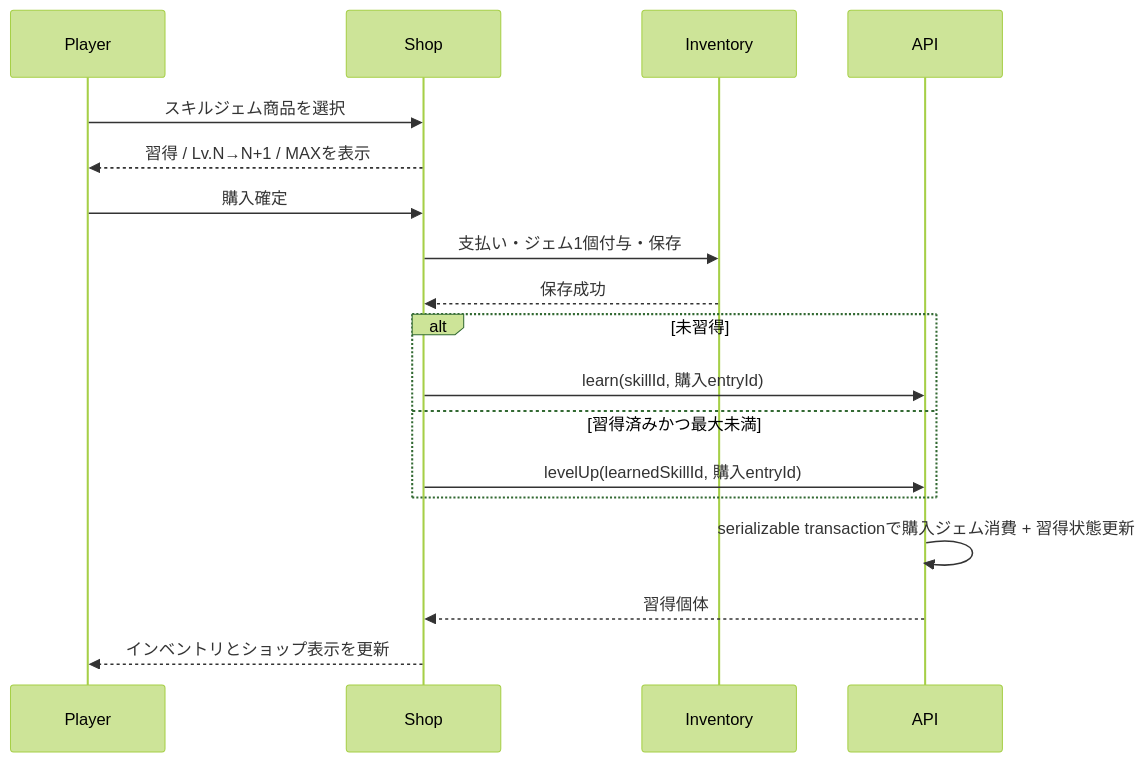
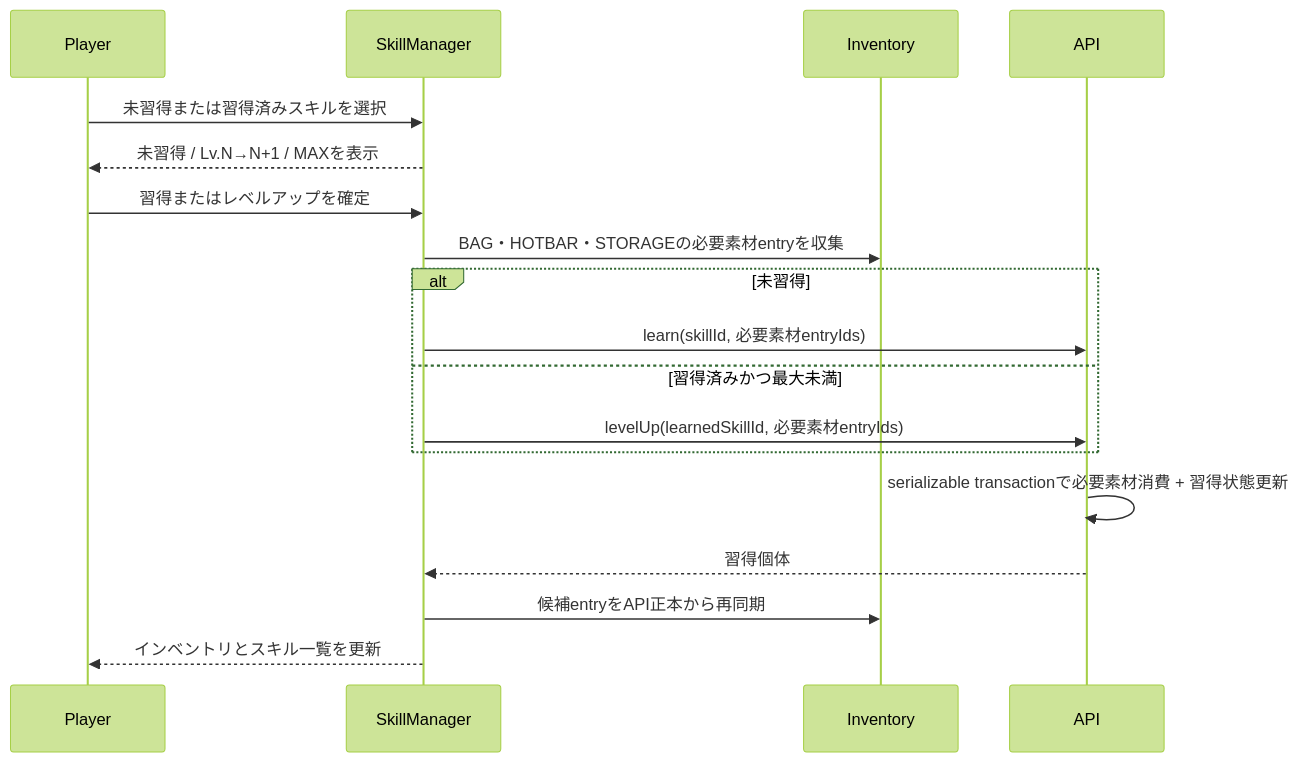
Before and after one commit to maaasu/AstralRecord-Workspace: the second of 3 diagrams in 00_docs/10_Plugin設計書/feature/13-skill/4-統合フロー/13_4-スキルバインドGUI.md, drawn with Mermaid (forest theme). The commit also changed other lines of this file and 132 other files, not shown here.

````diff
--- a/00_docs/10_Plugin設計書/feature/13-skill/4-統合フロー/13_4-スキルバインドGUI.md
+++ b/00_docs/10_Plugin設計書/feature/13-skill/4-統合フロー/13_4-スキルバインドGUI.md
@@ -38,21 +38,21 @@
 ```mermaid
 sequenceDiagram
     participant Player
-    participant Shop
+    participant SkillManager
     participant Inventory
     participant API
 
-    Player->>Shop: スキルジェム商品を選択
-    Shop-->>Player: 習得 / Lv.N→N+1 / MAXを表示
-    Player->>Shop: 購入確定
-    Shop->>Inventory: 支払い・ジェム1個付与・保存
-    Inventory-->>Shop: 保存成功
+    Player->>SkillManager: 未習得または習得済みスキルを選択
+    SkillManager-->>Player: 未習得 / Lv.N→N+1 / MAXを表示
+    Player->>SkillManager: 習得またはレベルアップを確定
+    SkillManager->>Inventory: BAG・HOTBAR・STORAGEの必要素材entryを収集
     alt 未習得
-        Shop->>API: learn(skillId, 購入entryId)
+        SkillManager->>API: learn(skillId, 必要素材entryIds)
     else 習得済みかつ最大未満
-        Shop->>API: levelUp(learnedSkillId, 購入entryId)
+        SkillManager->>API: levelUp(learnedSkillId, 必要素材entryIds)
     end
-    API->>API: serializable transactionで購入ジェム消費 + 習得状態更新
-    API-->>Shop: 習得個体
-    Shop-->>Player: インベントリとショップ表示を更新
+    API->>API: serializable transactionで必要素材消費 + 習得状態更新
+    API-->>SkillManager: 習得個体
+    SkillManager->>Inventory: 候補entryをAPI正本から再同期
+    SkillManager-->>Player: インベントリとスキル一覧を更新
 ```
````
